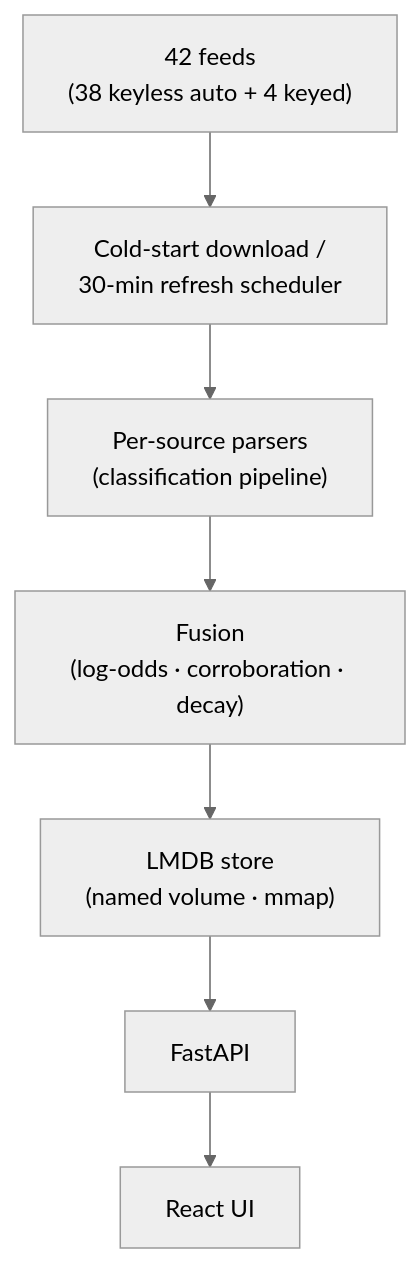
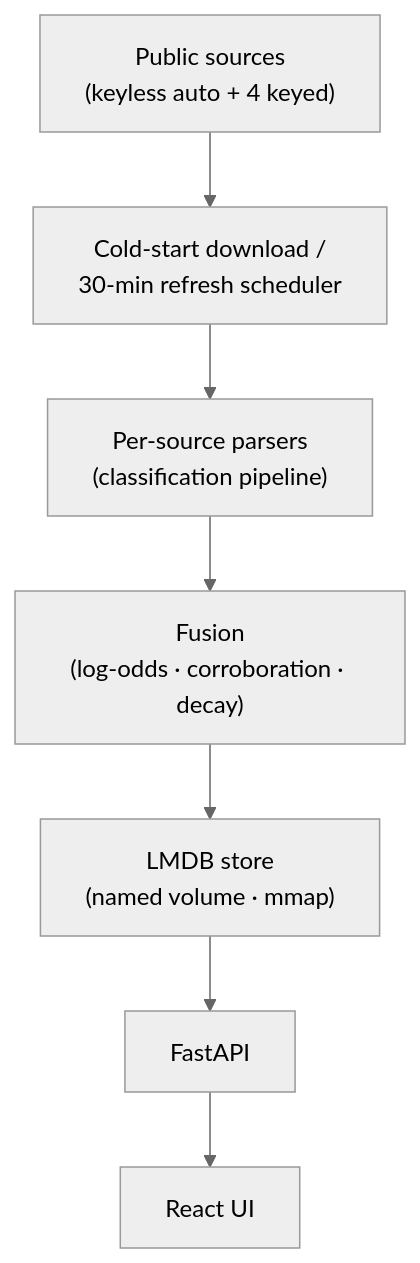
One commit to steponeerror/ip-radar changed the diagram in README.md. Above: the diagram before and after it, drawn with Mermaid (neutral theme). The commit also changed other lines of this file and 2 other files, not shown here.

Commit message:
docs: v1.3.0 — changelog sections (v1.2.0/v1.2.2 backfill included) + README count de-duplication (total once in hero, stable 'all but 4 keyed' elsewhere)

````diff
--- a/README.md
+++ b/README.md
@@ -86,9 +86,9 @@
 ```mermaid
 flowchart TD
-    A["42 feeds<br/>(38 keyless auto + 4 keyed)"] --> B["Cold-start download /<br/>30-min refresh scheduler"]
+    A["Public sources<br/>(keyless auto + 4 keyed)"] --> B["Cold-start download /<br/>30-min refresh scheduler"]
     B --> C["Per-source parsers<br/>(classification pipeline)"]
     C --> D["Fusion<br/>(log-odds · corroboration · decay)"]
     D --> E["LMDB store<br/>(named volume · mmap)"]
     E --> F["FastAPI"]
     F --> G["React UI"]
 ```
````
